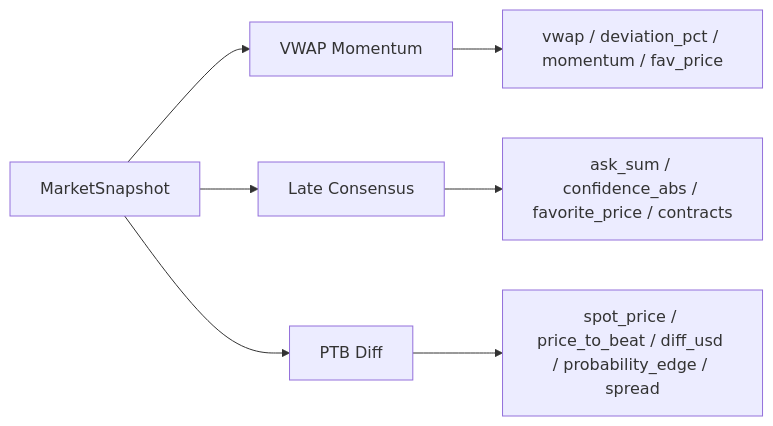
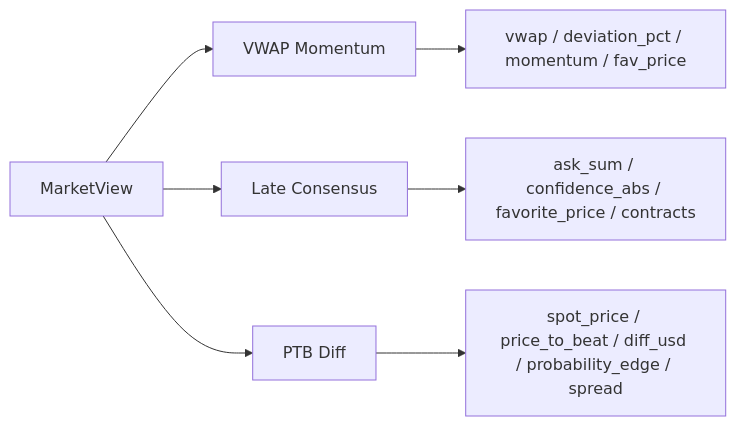
Before and after one commit to 6Kmfi6HP/polysignal-lab: the third of 6 diagrams in docs/STRATEGY_INDICATOR_FLOW.md, drawn with Mermaid. The commit also changed other lines of this file and 298 other files, not shown here.

````diff
--- a/docs/STRATEGY_INDICATOR_FLOW.md
+++ b/docs/STRATEGY_INDICATOR_FLOW.md
@@ -72,10 +76,10 @@
 ```mermaid
 flowchart LR
-    S[MarketSnapshot] --> V[VWAP Momentum]
+    S[MarketView] --> V[VWAP Momentum]
     S --> L[Late Consensus]
     S --> P[PTB Diff]
 
     V --> VM[vwap / deviation_pct / momentum / fav_price]
     L --> LM[ask_sum / confidence_abs / favorite_price / contracts]
     P --> PM[spot_price / price_to_beat / diff_usd / probability_edge / spread]
 ```
````
